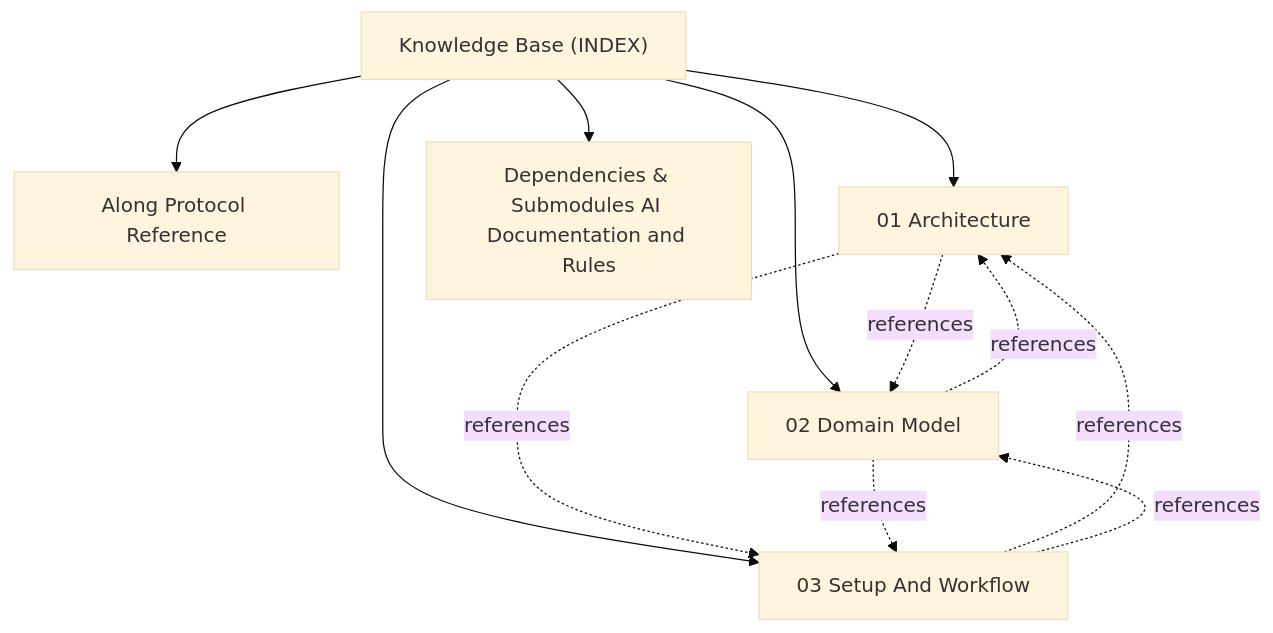
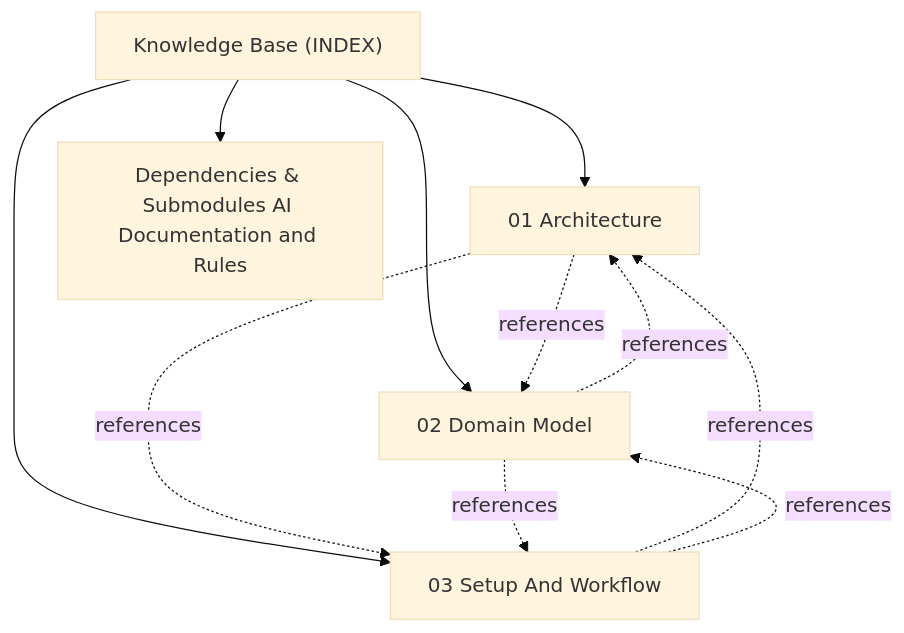
Before and after one commit to actdim/dynstruct-mui: the diagram in docs/INDEX.md, drawn with Mermaid (base theme). The commit also changed other lines of this file and 5 other files, not shown here.

````diff
--- a/docs/INDEX.md
+++ b/docs/INDEX.md
@@ -17,20 +17,18 @@
 ```mermaid
 flowchart TD
     INDEX["Knowledge Base (INDEX)"]
-    T_ALONG_PROTOCOL["Along Protocol Reference"]
-    INDEX --> T_ALONG_PROTOCOL
     T_ARCHITECTURE["01 Architecture"]
     INDEX --> T_ARCHITECTURE
     T_DEPENDENCIES["Dependencies & Submodules AI Documentation and Rules"]
     INDEX --> T_DEPENDENCIES
     T_DOMAIN_MODEL["02 Domain Model"]
     INDEX --> T_DOMAIN_MODEL
     T_SETUP_AND_WORKFLOW["03 Setup And Workflow"]
     INDEX --> T_SETUP_AND_WORKFLOW
     T_ARCHITECTURE -.->|references| T_DOMAIN_MODEL
     T_ARCHITECTURE -.->|references| T_SETUP_AND_WORKFLOW
     T_DOMAIN_MODEL -.->|references| T_ARCHITECTURE
     T_DOMAIN_MODEL -.->|references| T_SETUP_AND_WORKFLOW
     T_SETUP_AND_WORKFLOW -.->|references| T_ARCHITECTURE
     T_SETUP_AND_WORKFLOW -.->|references| T_DOMAIN_MODEL
 ```
````
